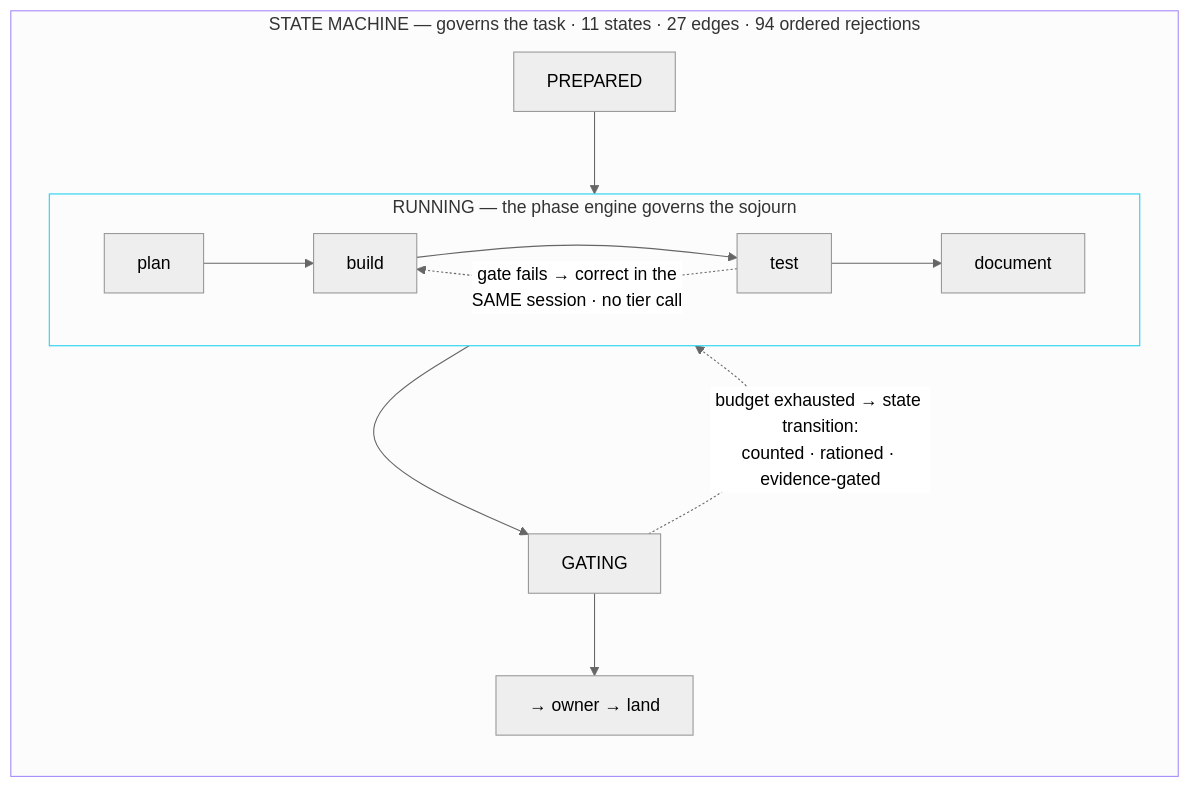
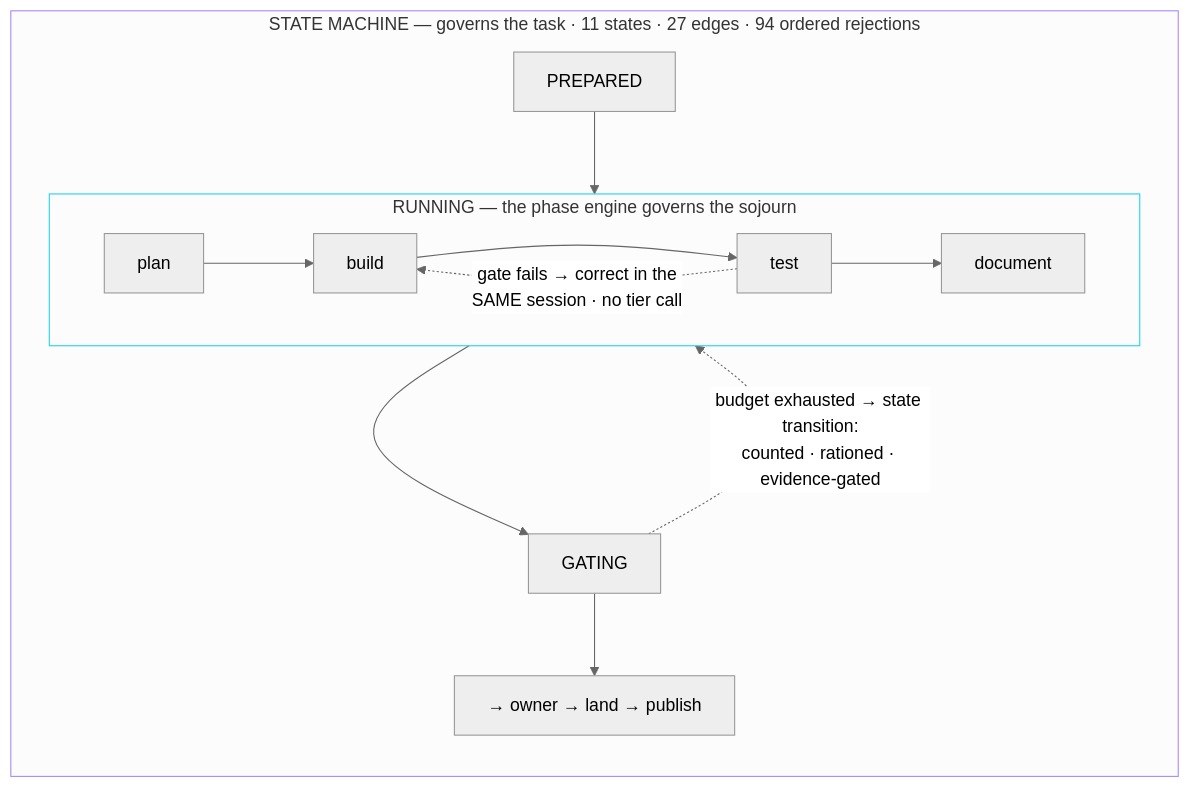
One commit to santiagoms2404/agentic-workflow-software-factory changed the first of 2 diagrams in README.md. Above: the diagram before and after it, drawn with Mermaid (neutral theme). The commit also changed other lines of this file and 7 other files, not shown here.

````diff
--- a/README.md
+++ b/README.md
@@ -34,16 +80,16 @@
 ```mermaid
 flowchart LR
   subgraph SM["STATE MACHINE — governs the task · 11 states · 27 edges · 94 ordered rejections"]
     PREP["PREPARED"] --> RUN
     subgraph RUN["RUNNING — the phase engine governs the sojourn"]
       direction LR
       p1["plan"] --> p2["build"] --> p3["test"] --> p4["document"]
       p3 -. "gate fails → correct in the<br/>SAME session · no tier call" .-> p2
     end
     RUN --> G["GATING"]
-    G --> OWN["→ owner → land"]
+    G --> OWN["→ owner → land → publish"]
     G -. "budget exhausted → state transition:<br/>counted · rationed · evidence-gated" .-> RUN
   end
   style RUN stroke:#22D3EE
   style SM stroke:#A78BFA
 ```
````
